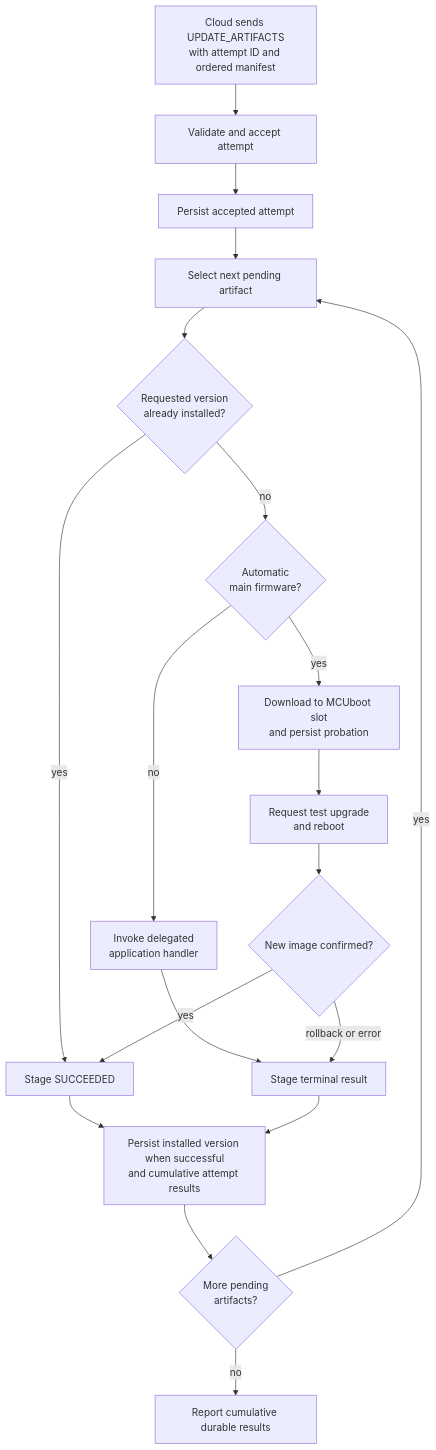
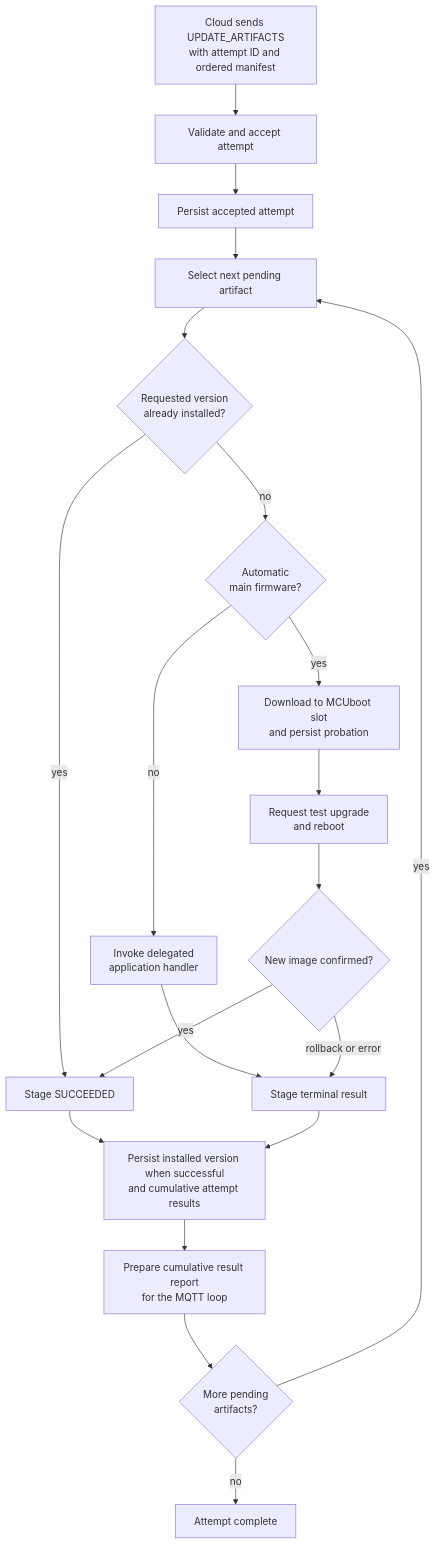
One commit to spotflow-io/device-sdk changed the first of 11 diagrams in zephyr/docs/ota.md. Above: the diagram before and after it, drawn with Mermaid. The commit also changed other lines of this file and 1 other file, not shown here.

Commit message:
Improve documentation and diagrams

````diff
--- a/zephyr/docs/ota.md
+++ b/zephyr/docs/ota.md
@@ -73,30 +74,30 @@
 ```mermaid
 flowchart TD
     cloud["Cloud sends UPDATE_ARTIFACTS<br/>with attempt ID and ordered manifest"]
     accept["Validate and accept attempt"]
     persistAttempt["Persist accepted attempt"]
     next["Select next pending artifact"]
     installed{"Requested version<br/>already installed?"}
     kind{"Automatic<br/>main firmware?"}
     skip["Stage SUCCEEDED"]
     delegated["Invoke delegated<br/>application handler"]
     main["Download to MCUboot slot<br/>and persist probation"]
     reboot["Request test upgrade<br/>and reboot"]
     resolve{"New image confirmed?"}
     stage["Stage terminal result"]
     persistResult["Persist installed version when successful<br/>and cumulative attempt results"]
+    report["Prepare cumulative result report<br/>for the MQTT loop"]
     more{"More pending<br/>artifacts?"}
-    report["Report cumulative durable results"]
 
     cloud --> accept --> persistAttempt --> next
     next --> installed
     installed -- yes --> skip --> persistResult
     installed -- no --> kind
     kind -- no --> delegated --> stage --> persistResult
     kind -- yes --> main --> reboot --> resolve
     resolve -- yes --> skip
     resolve -- rollback or error --> stage
-    persistResult --> more
+    persistResult --> report --> more
     more -- yes --> next
-    more -- no --> report
+    more -- no --> done["Attempt complete"]
 ```
````
